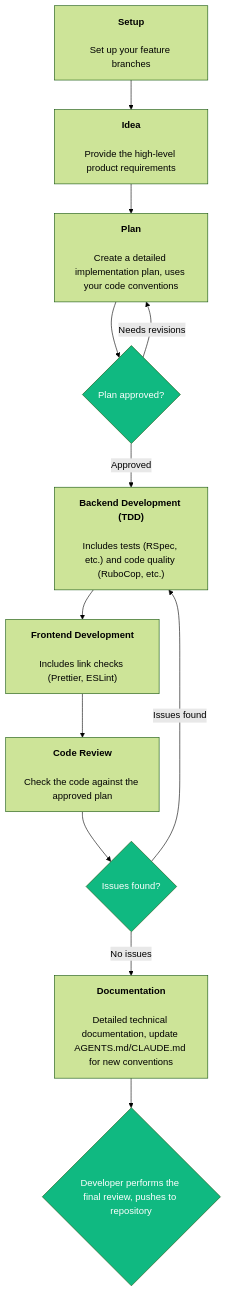
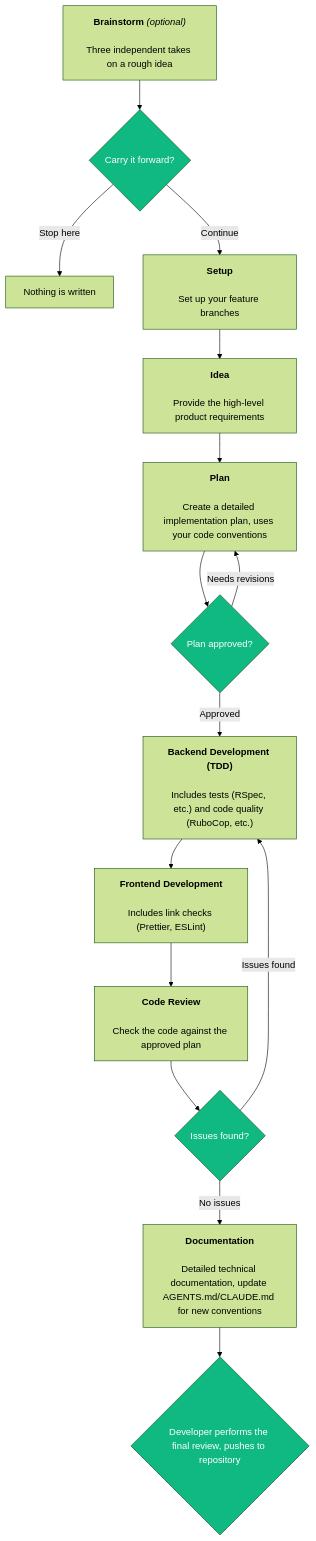
Before and after one commit to marvs/kantan-dev: the diagram in README.md, drawn with Mermaid (forest theme). The commit also changed other lines of this file and 2 other files, not shown here.

Commit message:
Add kantan-brainstorm

````diff
--- a/README.md
+++ b/README.md
@@ -5,17 +5,21 @@
 ```mermaid
 flowchart TD
+    Z["<b>Brainstorm</b> <i>(optional)</i><br/><br/>Three independent takes on a rough idea"] --> G0{"Carry it forward?"}
+    G0 -->|Stop here| Z1["Nothing is written"]
+    G0 -->|Continue| A
     A["<b>Setup</b><br/><br/>Set up your feature branches"] --> B["<b>Idea</b><br/><br/>Provide the high-level product requirements"]
     B --> C["<b>Plan</b><br/><br/>Create a detailed implementation plan, uses your code conventions"]
     C --> G1{"Plan approved?"}
     G1 -->|Needs revisions| C
     G1 -->|Approved| D["<b>Backend Development (TDD)</b><br/><br/>Includes tests (RSpec, etc.) and code quality (RuboCop, etc.)"]
     D --> E["<b>Frontend Development</b><br/><br/>Includes link checks (Prettier, ESLint)"]
     E --> R["<b>Code Review</b><br/><br/>Check the code against the approved plan"]
     R --> G2{"Issues found?"}
     G2 -->|Issues found| D
     G2 -->|No issues| F["<b>Documentation</b><br/><br/>Detailed technical documentation, update AGENTS.md/CLAUDE.md for new conventions"]
     F --> G3{"Developer performs the final review, pushes to repository"}
+    style G0 fill:#10B981,color:#fff
     style G1 fill:#10B981,color:#fff
     style G2 fill:#10B981,color:#fff
     style G3 fill:#10B981,color:#fff
 ```
````
